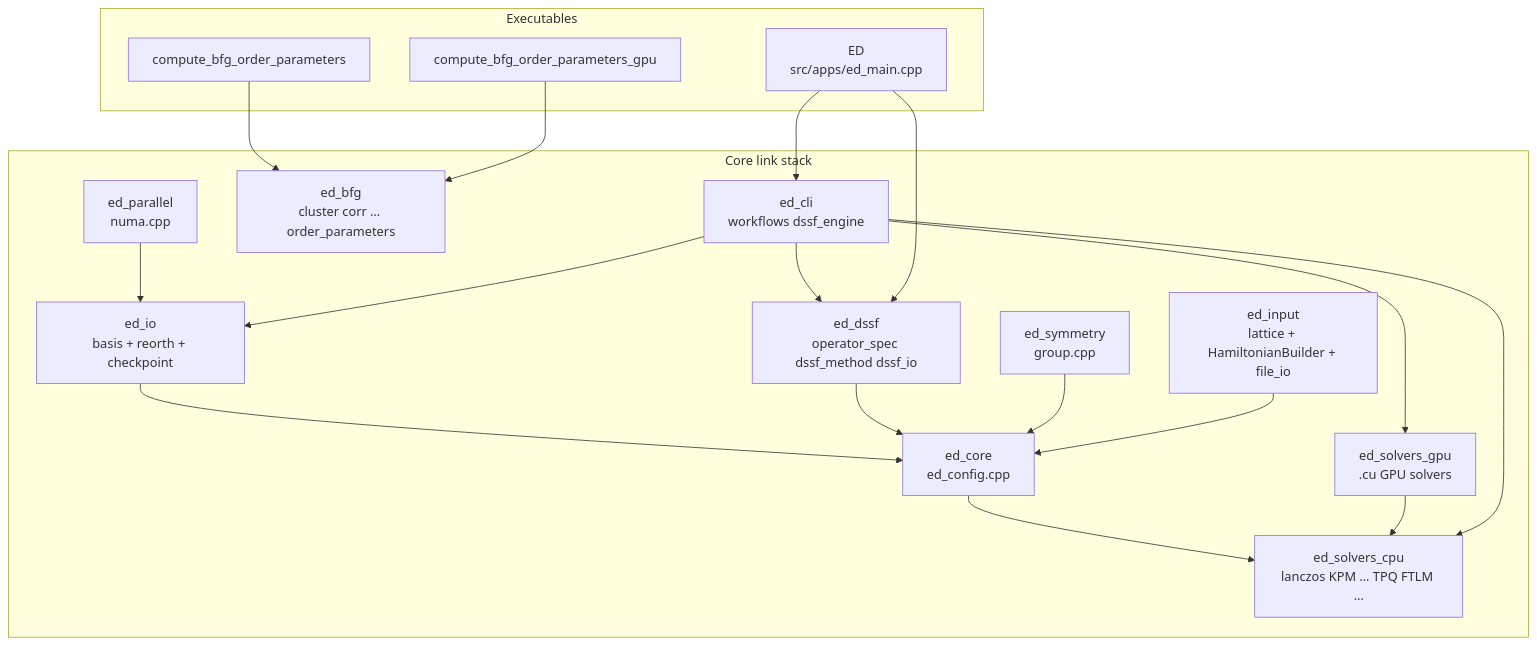
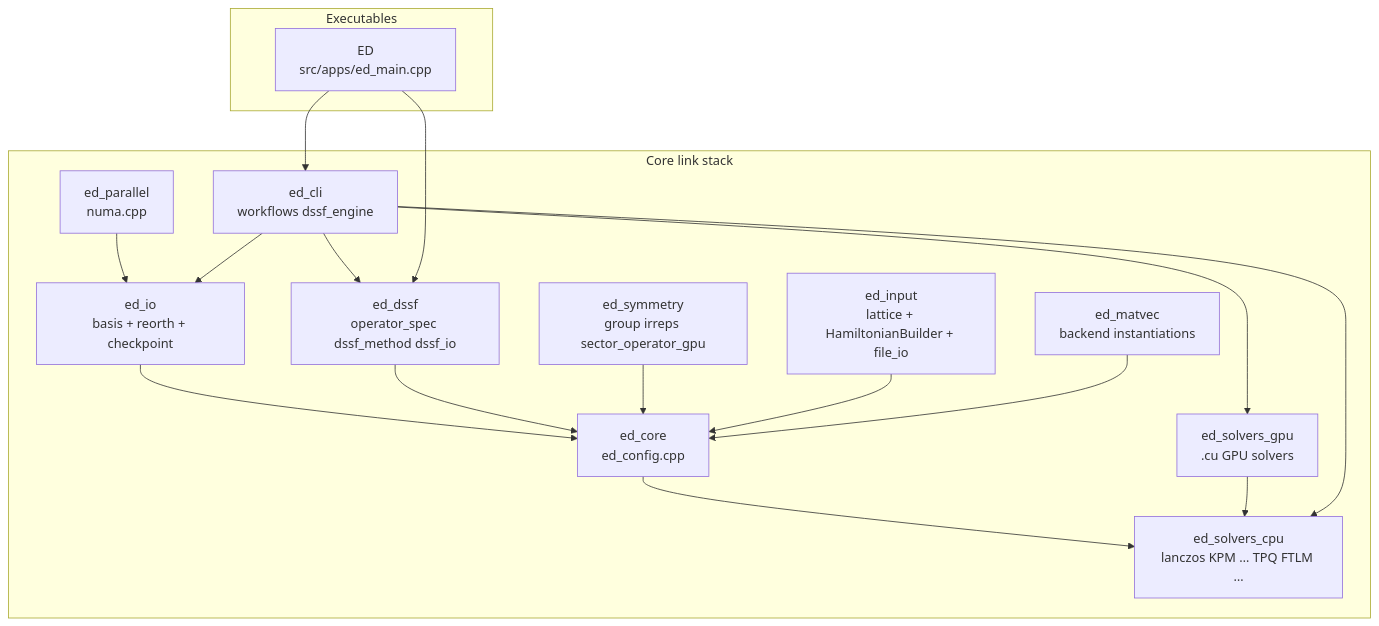
Before and after one commit to ze-bang/QED: the first of 3 diagrams in docs/architecture/CODEMAP.md, drawn with Mermaid. The commit also changed other lines of this file and 32 other files, not shown here.

````diff
--- a/docs/architecture/CODEMAP.md
+++ b/docs/architecture/CODEMAP.md
@@ -31,36 +31,34 @@
 ```mermaid
 flowchart TB
   subgraph exe [Executables]
     ED["ED<br/>src/apps/ed_main.cpp"]
-    BFG["compute_bfg_order_parameters"]
-    BFGG["compute_bfg_order_parameters_gpu"]
   end
 
   subgraph corestack [Core link stack]
     ep["ed_parallel<br/>numa.cpp"]
     eio["ed_io<br/>basis + reorth + checkpoint"]
     ec["ed_core<br/>ed_config.cpp"]
     esc["ed_solvers_cpu<br/>lanczos KPM … TPQ FTLM …"]
     esg["ed_solvers_gpu<br/>.cu GPU solvers"]
     edssf["ed_dssf<br/>operator_spec dssf_method dssf_io"]
-    esym["ed_symmetry<br/>group.cpp"]
-    ebfg["ed_bfg<br/>cluster corr … order_parameters"]
+    esym["ed_symmetry<br/>group irreps sector_operator_gpu"]
+    emv["ed_matvec<br/>backend instantiations"]
     ecli["ed_cli<br/>workflows dssf_engine"]
     einp["ed_input<br/>lattice + HamiltonianBuilder + file_io"]
   end
 
   ep --> eio --> ec --> esc
   esg --> esc
   edssf --> ec
   esym --> ec
   ecli --> esc
   ecli --> edssf
   ecli --> eio
   ecli --> esg
   einp --> ec
 
+  emv --> ec
+
   ED --> ecli
   ED --> edssf
-  BFG --> ebfg
-  BFGG --> ebfg
 ```
````
